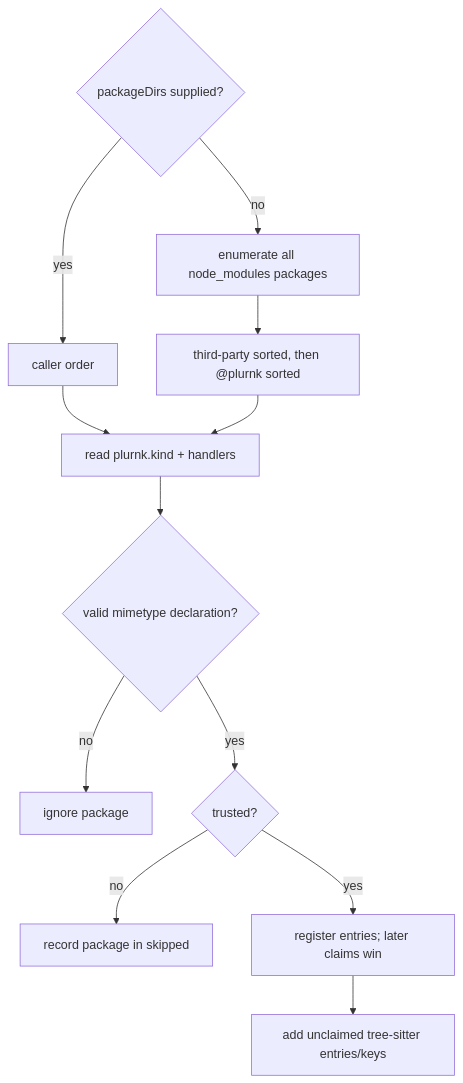
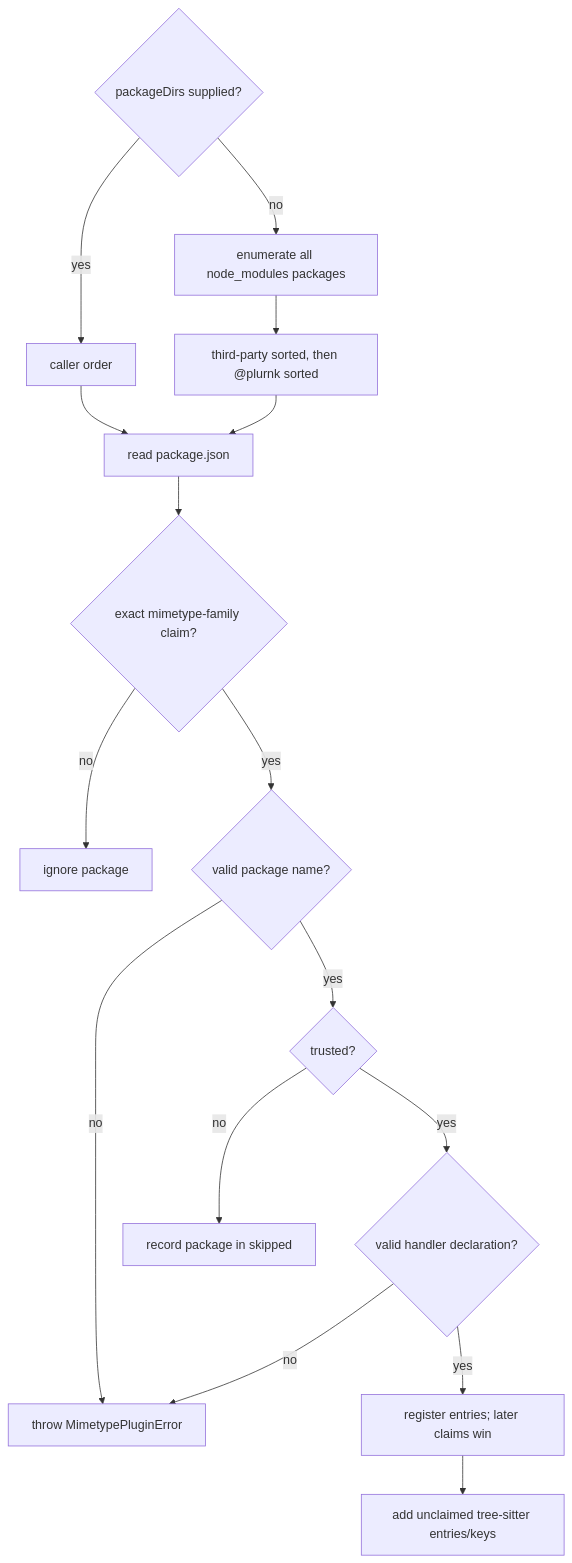
The second of 4 diagrams in plurnk-mimetypes/SPEC.md (plurnk/plurnk-service), drawn with Mermaid before and after one commit. The commit also changed other lines of this file and 9 other files, not shown here.

````diff
--- a/plurnk-mimetypes/SPEC.md
+++ b/plurnk-mimetypes/SPEC.md
@@ -112,15 +116,19 @@
 ```mermaid
 flowchart TD
     I{"packageDirs supplied?"}
     I -->|yes| E["caller order"]
     I -->|no| N["enumerate all node_modules packages"]
     N --> O["third-party sorted, then @plurnk sorted"]
-    E --> M["read plurnk.kind + handlers"]
+    E --> M["read package.json"]
     O --> M
-    M --> K{"valid mimetype declaration?"}
+    M --> K{"exact mimetype-family claim?"}
     K -->|no| Z["ignore package"]
-    K -->|yes| T{"trusted?"}
+    K -->|yes| P{"valid package name?"}
+    P -->|no| F["throw MimetypePluginError"]
+    P -->|yes| T{"trusted?"}
     T -->|no| S["record package in skipped"]
-    T -->|yes| G["register entries; later claims win"]
+    T -->|yes| D{"valid handler declaration?"}
+    D -->|no| F
+    D -->|yes| G["register entries; later claims win"]
     G --> B["add unclaimed tree-sitter entries/keys"]
 ```
````
